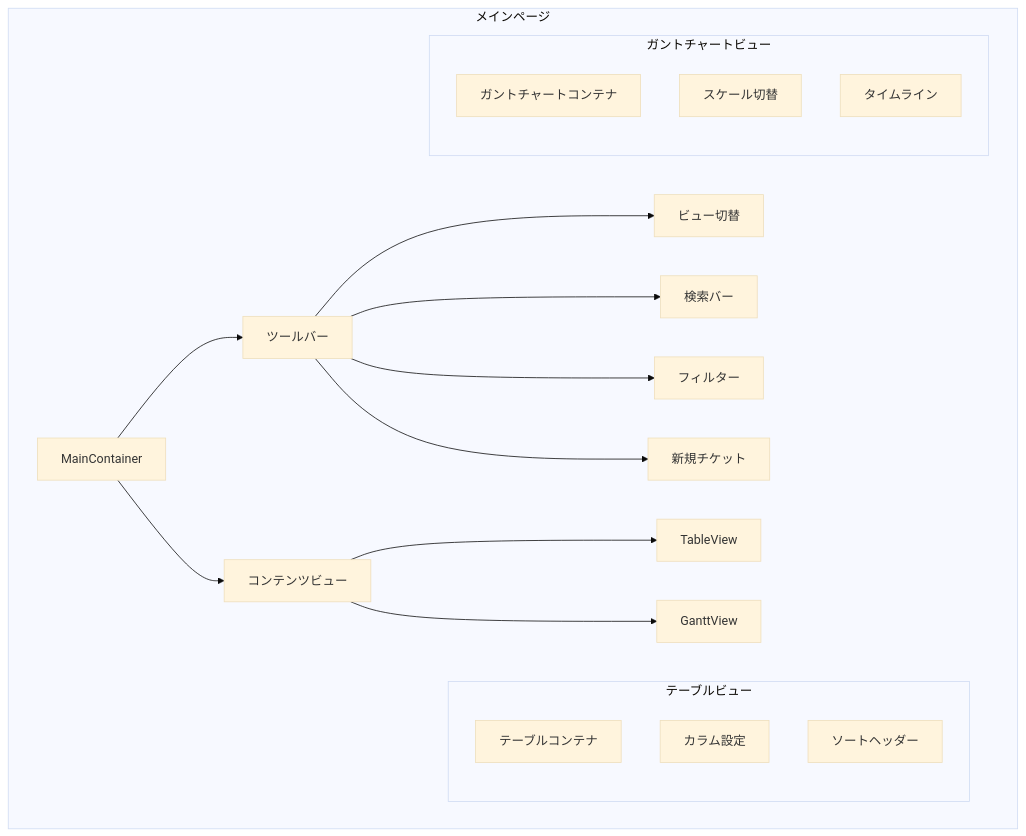
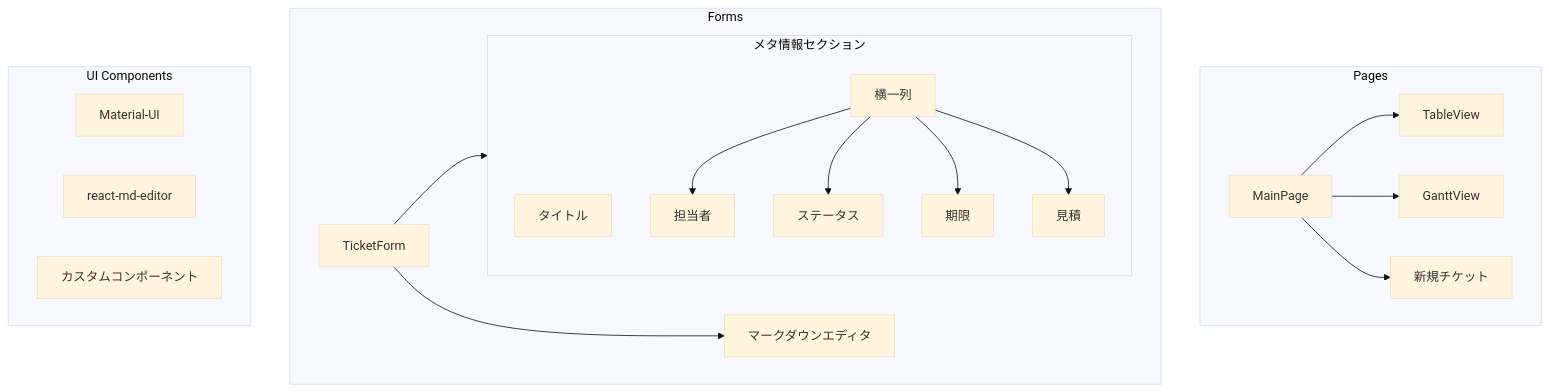
The second of 3 diagrams in 11_trak/memory-bank/systemPatterns.md (kaku3/workbooks), drawn with Mermaid (base theme) before and after one commit. The commit also changed other lines of this file and 3 other files, not shown here.

````diff
--- a/11_trak/memory-bank/systemPatterns.md
+++ b/11_trak/memory-bank/systemPatterns.md
@@ -20,27 +20,28 @@
 ```mermaid
 flowchart TD
-    subgraph MainPage[メインページ]
-        MC[MainContainer] --> TT[ツールバー]
-        MC --> CV[コンテンツビュー]
+    subgraph Pages
+        Main[MainPage] --> Table[TableView]
+        Main --> Gantt[GanttView]
+        Main --> New[新規チケット]
+    end
+
+    subgraph Forms
+        TicketForm --> MetaInfo[メタ情報]
+        TicketForm --> Editor[マークダウンエディタ]
         
-        TT --> Tabs[ビュー切替]
-        TT --> Search[検索バー]
-        TT --> Filter[フィルター]
-        TT --> New[新規チケット]
-        
-        CV --> TV[TableView]
-        CV --> GV[GanttView]
-        
-        subgraph TableView[テーブルビュー]
-            TC[テーブルコンテナ]
-            CS[カラム設定]
-            TH[ソートヘッダー]
-        end
-        
-        subgraph GanttView[ガントチャートビュー]
-            GC[ガントチャートコンテナ]
-            Scale[スケール切替]
-            TL[タイムライン]
+        subgraph MetaInfo[メタ情報セクション]
+            Title[タイトル]
+            Row[横一列]
+            Row --> Assignee[担当者]
+            Row --> Status[ステータス]
+            Row --> DueDate[期限]
+            Row --> Estimate[見積]
         end
     end
+
+    subgraph UI Components
+        MUI[Material-UI]
+        MDEditor[react-md-editor]
+        Custom[カスタムコンポーネント]
+    end
 ```
````
